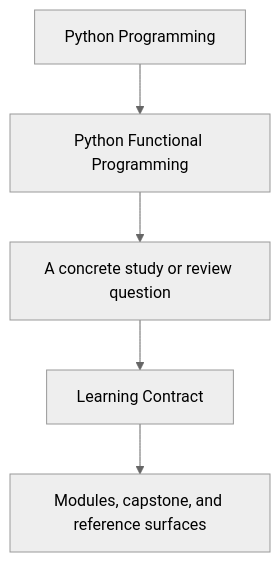
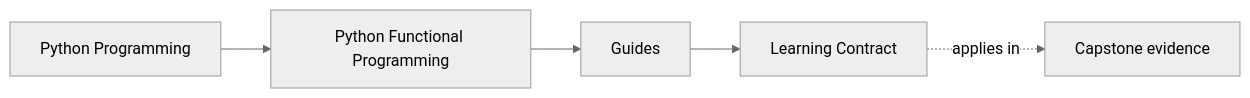
The first of 2 diagrams in programs/python-programming/python-functional-programming/course-book/guides/learning-contract.md (bijux/bijux-masterclass), drawn with Mermaid (neutral theme) before and after one commit. The commit also changed other lines of this file and 73 other files, not shown here.

Commit message:
docs(python-functional-programming): map orientation through streaming foundations

````diff
--- a/programs/python-programming/python-functional-programming/course-book/guides/learning-contract.md
+++ b/programs/python-programming/python-functional-programming/course-book/guides/learning-contract.md
@@ -7,7 +7,11 @@
 ```mermaid
-flowchart TD
-  family["Python Programming"] --> program["Python Functional Programming"]
-  program --> pressure["A concrete study or review question"]
-  pressure --> guide["Learning Contract"]
-  guide --> next["Modules, capstone, and reference surfaces"]
+graph LR
+  family["Python Programming"]
+  program["Python Functional Programming"]
+  section["Guides"]
+  page["Learning Contract"]
+  capstone["Capstone evidence"]
+
+  family --> program --> section --> page
+  page -.applies in.-> capstone
 ```
````
